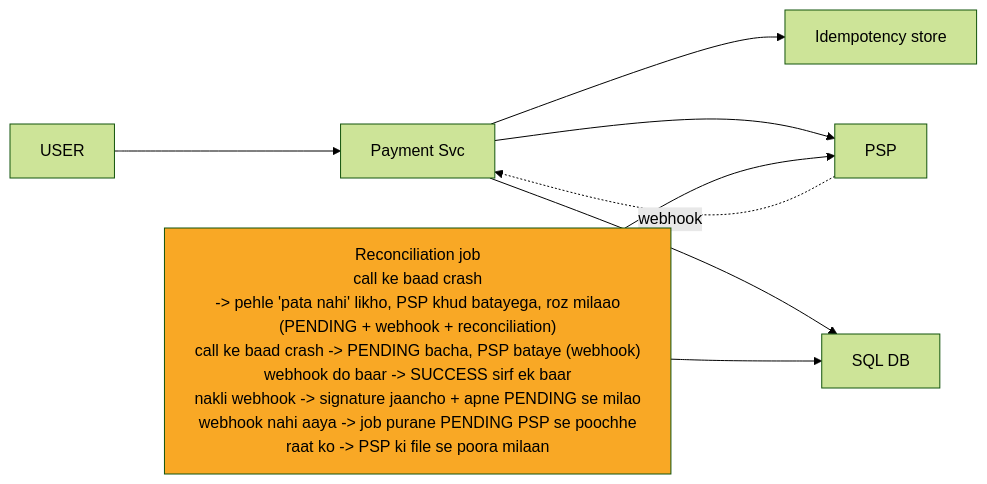
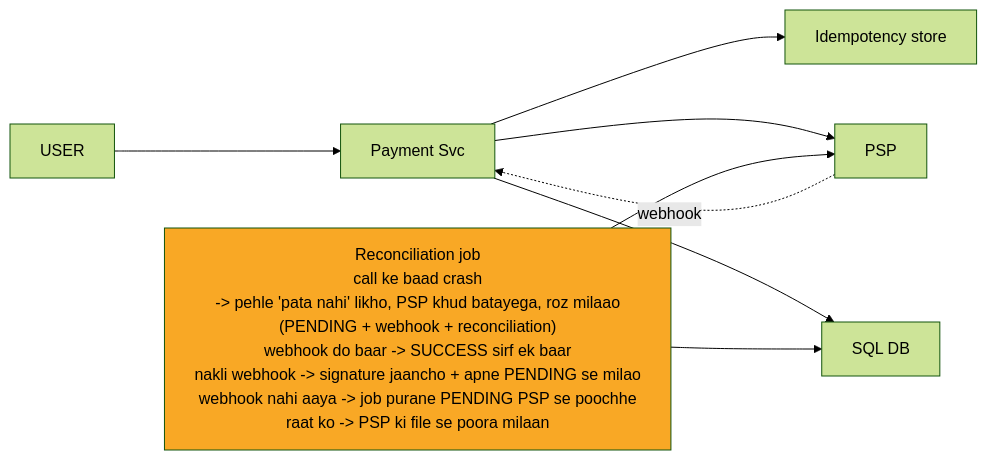
One commit to ArpanMaheshwari144/Prep changed the sixth of 12 diagrams in 04_HLD/SYSTEM_DESIGNS/06_payment_system/06_payment_system.md. Above: the diagram before and after it, drawn with Mermaid (forest theme). The commit also changed 7 other files, not shown here.

````diff
--- a/04_HLD/SYSTEM_DESIGNS/06_payment_system/06_payment_system.md
+++ b/04_HLD/SYSTEM_DESIGNS/06_payment_system/06_payment_system.md
@@ -259,18 +259,18 @@
 ```mermaid
 %%{init: {"flowchart": {"wrappingWidth": 450}}}%%
 flowchart LR
     n_USER["USER"]
     n_Payment_Svc["Payment Svc"]
     n_Idempotency_store["Idempotency store"]
     n_PSP["PSP"]
     n_DB["SQL DB"]
-    n_Reconciliation_job["Reconciliation job<br/>call ke baad crash<br/>-> pehle 'pata nahi' likho, PSP khud batayega, roz milaao<br/>(PENDING + webhook + reconciliation)<br/>call ke baad crash -> PENDING bacha, PSP bataye (webhook)<br/>webhook do baar -> SUCCESS sirf ek baar<br/>nakli webhook -> signature jaancho + apne PENDING se milao<br/>webhook nahi aaya -> job purane PENDING PSP se poochhe<br/>raat ko -> PSP ki file se poora milaan"]
+    n_Reconciliation_job["Reconciliation job<br/>call ke baad crash<br/>-> pehle 'pata nahi' likho, PSP khud batayega, roz milaao<br/>(PENDING + webhook + reconciliation)<br/>webhook do baar -> SUCCESS sirf ek baar<br/>nakli webhook -> signature jaancho + apne PENDING se milao<br/>webhook nahi aaya -> job purane PENDING PSP se poochhe<br/>raat ko -> PSP ki file se poora milaan"]
     n_USER --> n_Payment_Svc
     n_Payment_Svc --> n_Idempotency_store
     n_Payment_Svc --> n_PSP
     n_Payment_Svc --> n_DB
     n_Reconciliation_job --> n_DB
     n_Reconciliation_job --> n_PSP
     n_PSP -.->|webhook| n_Payment_Svc
     style n_Reconciliation_job fill:#f9a825,color:#000
 ```
````
